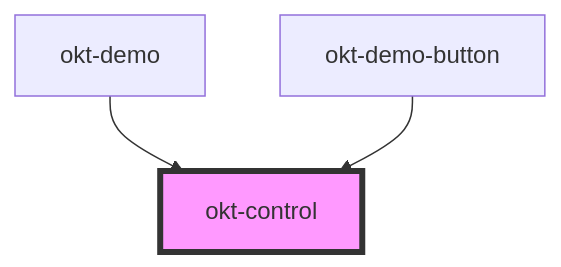
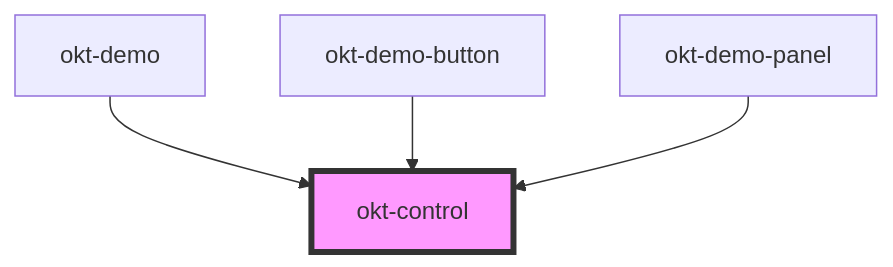
Before and after one commit to oktopusdgtl/bulma-components: the diagram in src/components/control/readme.md, drawn with Mermaid. The commit also changed other lines of this file and 19 other files, not shown here.

````diff
--- a/src/components/control/readme.md
+++ b/src/components/control/readme.md
@@ -25,6 +26,7 @@
 ```mermaid
 graph TD;
   okt-demo --> okt-control
   okt-demo-button --> okt-control
+  okt-demo-panel --> okt-control
   style okt-control fill:#f9f,stroke:#333,stroke-width:4px
 ```
````
